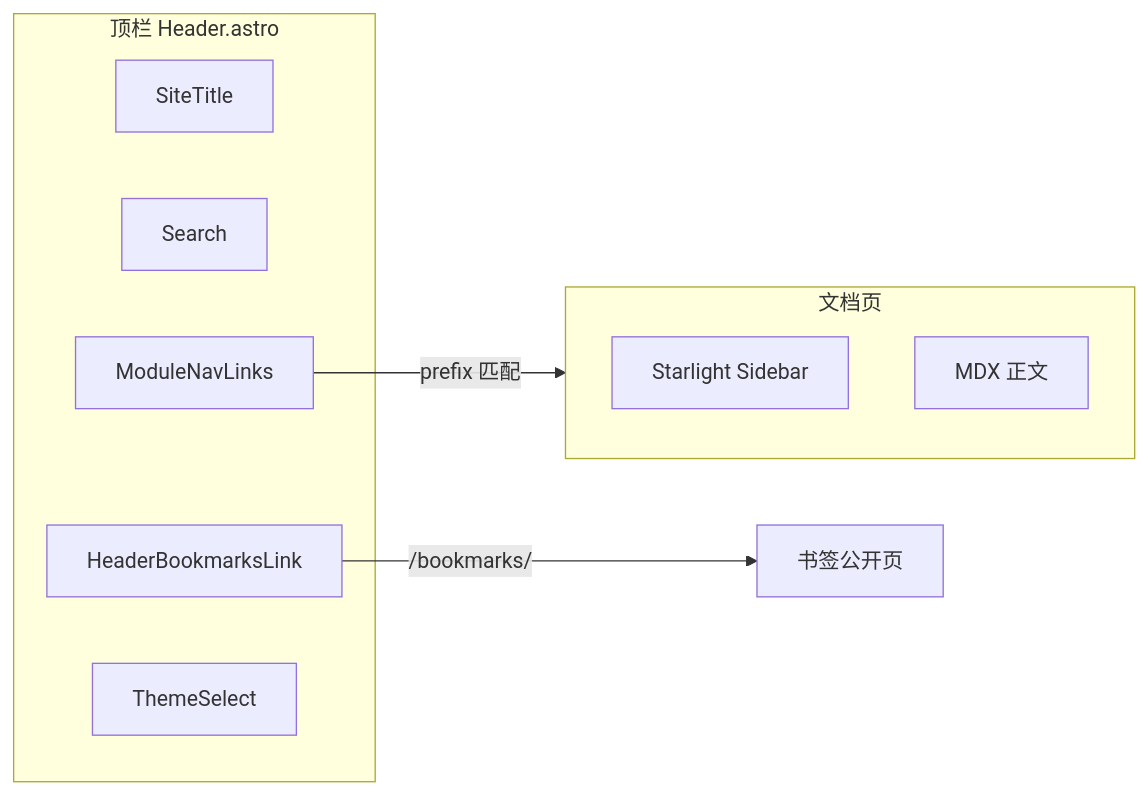
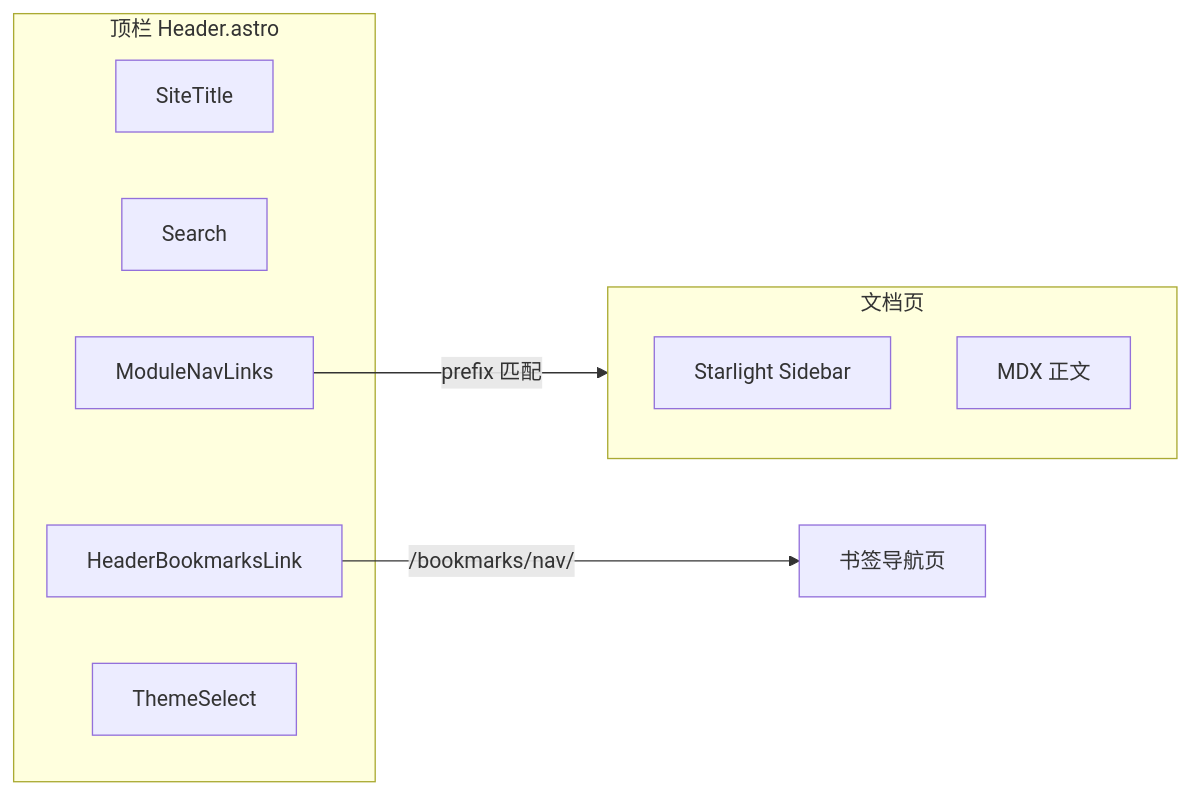
One commit to wwlight/wwlight.github.io changed the diagram in src/content/docs/blog/starlight/01-site-navigation.mdx. Above: the diagram before and after it, drawn with Mermaid. The commit also changed other lines of this file and 156 other files, not shown here.

````diff
--- a/src/content/docs/blog/starlight/01-site-navigation.mdx
+++ b/src/content/docs/blog/starlight/01-site-navigation.mdx
@@ -19,18 +19,18 @@
 ```mermaid
 flowchart LR
   subgraph header["顶栏 Header.astro"]
     Title[SiteTitle]
     Search[Search]
     ModNav[ModuleNavLinks]
     Bmk[HeaderBookmarksLink]
     Theme[ThemeSelect]
   end
 
   subgraph docs["文档页"]
     Side[Starlight Sidebar]
     Content[MDX 正文]
   end
 
   ModNav -->|"prefix 匹配"| docs
-  Bmk -->|"/bookmarks/"| Bookmarks[书签公开页]
+  Bmk -->|"/bookmarks/nav/"| Bookmarks[书签导航页]
 ```
````
